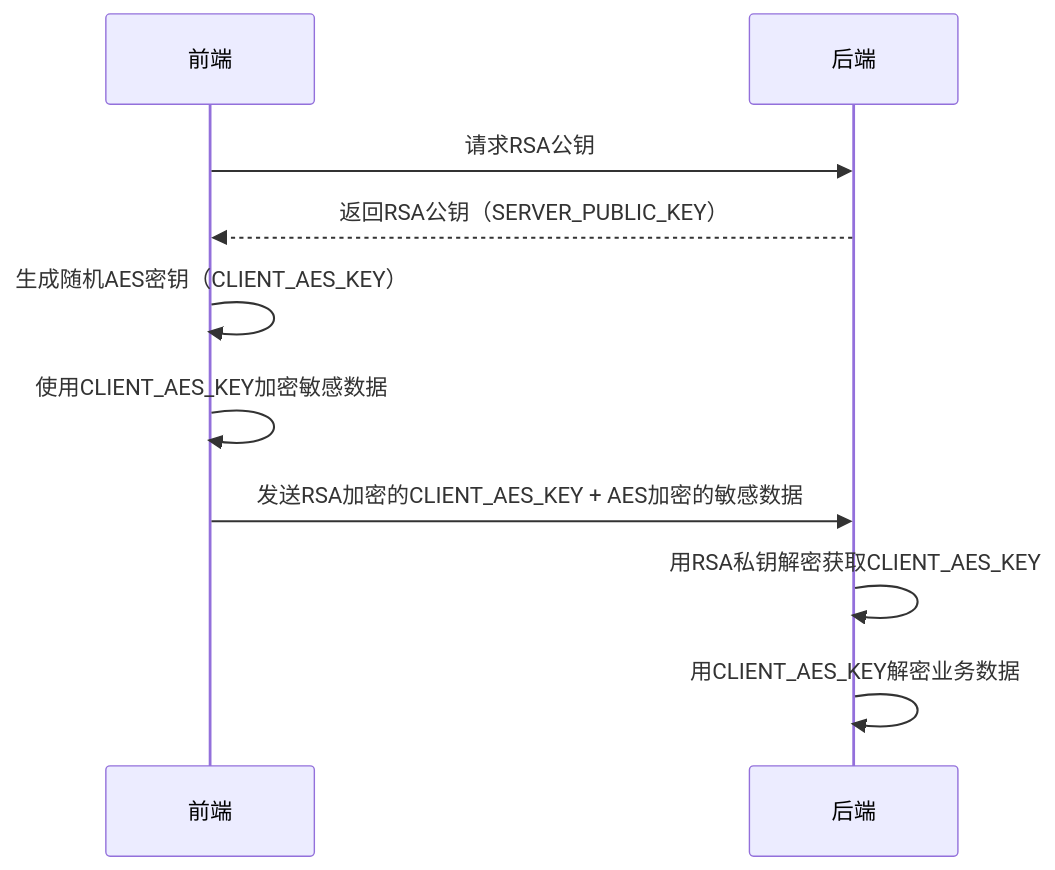
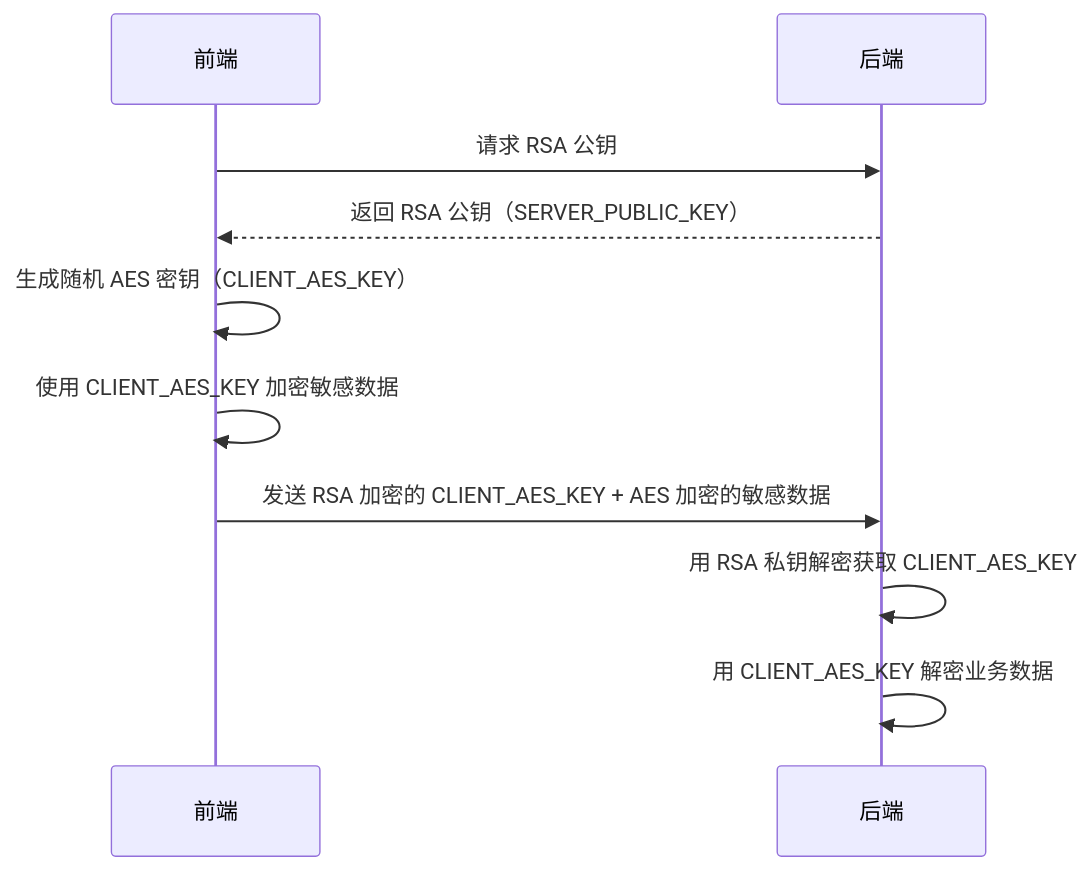
The first of 2 diagrams in docs/features/encrypt/README.md (weihongyu12/web), drawn with Mermaid before and after one commit. The commit also changed other lines of this file, not shown here.

Commit message:
更新 README.md，完善敏感数据加密说明，增加 AES 和 RSA 混合加密方案的详细描述

````diff
--- a/docs/features/encrypt/README.md
+++ b/docs/features/encrypt/README.md
@@ -449,13 +359,13 @@
 ```mermaid
 sequenceDiagram
     participant 前端
     participant 后端
 
-    前端->>后端: 请求RSA公钥
-    后端-->>前端: 返回RSA公钥（SERVER_PUBLIC_KEY）
-    前端->>前端: 生成随机AES密钥（CLIENT_AES_KEY）
-    前端->>前端: 使用CLIENT_AES_KEY加密敏感数据
-    前端->>后端: 发送RSA加密的CLIENT_AES_KEY + AES加密的敏感数据
-    后端->>后端: 用RSA私钥解密获取CLIENT_AES_KEY
-    后端->>后端: 用CLIENT_AES_KEY解密业务数据
+    前端->>后端: 请求 RSA 公钥
+    后端-->>前端: 返回 RSA 公钥（SERVER_PUBLIC_KEY）
+    前端->>前端: 生成随机 AES 密钥（CLIENT_AES_KEY）
+    前端->>前端: 使用 CLIENT_AES_KEY 加密敏感数据
+    前端->>后端: 发送 RSA 加密的 CLIENT_AES_KEY + AES 加密的敏感数据
+    后端->>后端: 用 RSA 私钥解密获取 CLIENT_AES_KEY
+    后端->>后端: 用 CLIENT_AES_KEY 解密业务数据
 ```
````
